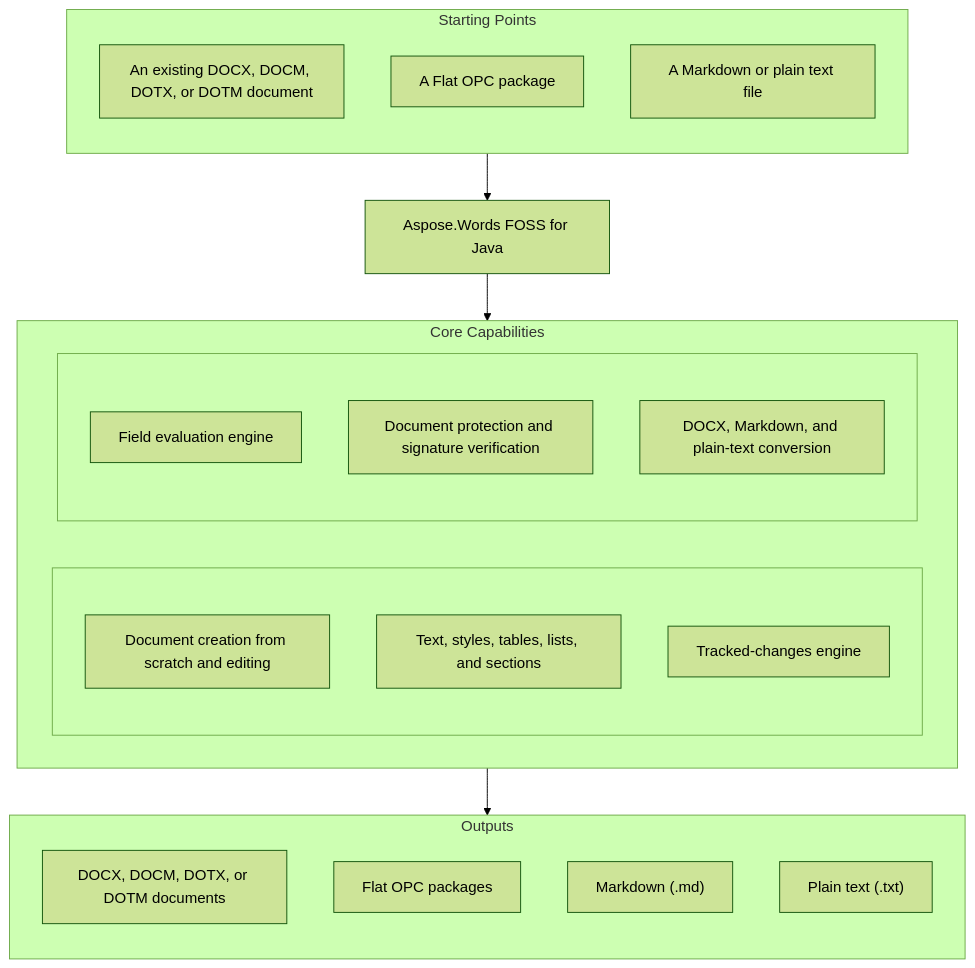
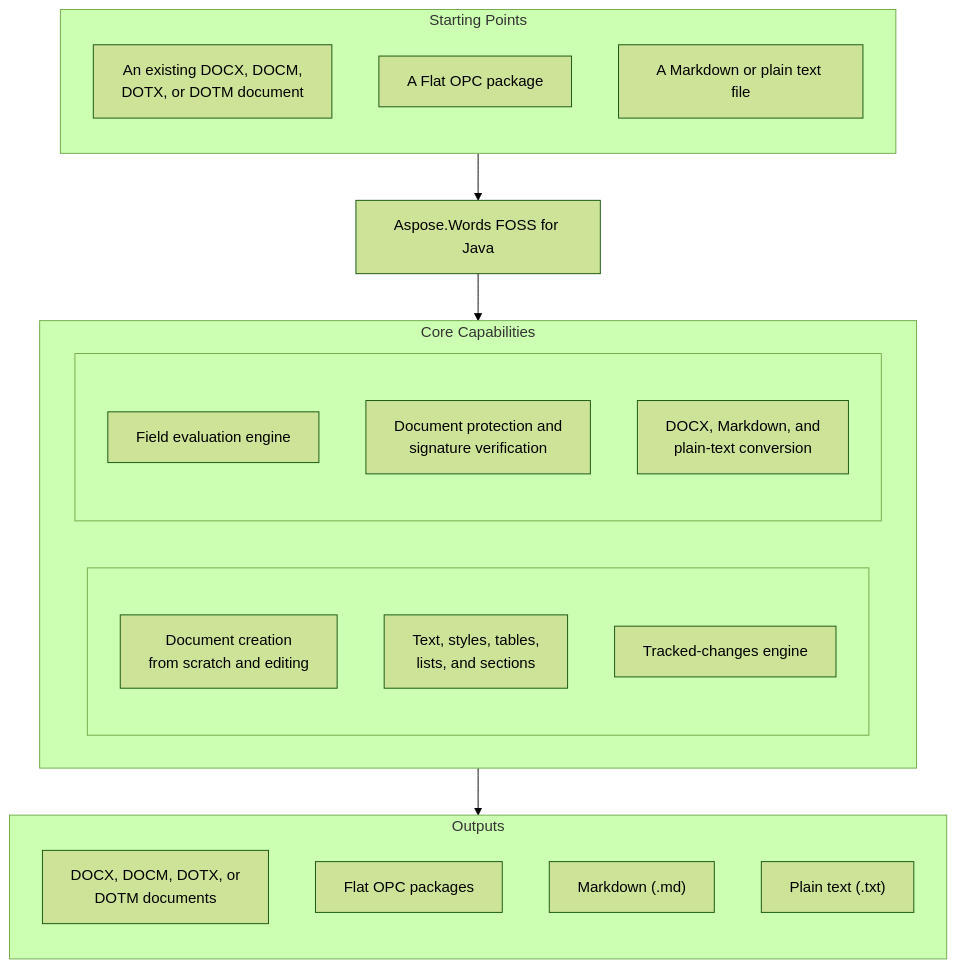
Before and after one commit to aspose-words-foss/Aspose.Words-FOSS-for-Java: the diagram in README.md, drawn with Mermaid (forest theme). The commit also changed other lines of this file, not shown here.

````diff
--- a/README.md
+++ b/README.md
@@ -9,33 +35,34 @@
 ```mermaid
+%%{init: {"flowchart": {"useMaxWidth": true}}}%%
 flowchart TD
   subgraph StartingPoints["Starting Points"]
     direction TB
-    i1["An existing DOCX, DOCM, DOTX, or DOTM document"]
+    i1["An existing DOCX, DOCM,<br/>DOTX, or DOTM document"]
     i2["A Flat OPC package"]
     i3["A Markdown or plain text file"]
   end
   PRODUCT["Aspose.Words FOSS for Java"]
   subgraph Capabilities["Core Capabilities"]
     direction LR
     subgraph capl[" "]
       direction TB
-      c1["Document creation from scratch and editing"]
-      c2["Text, styles, tables, lists, and sections"]
+      c1["Document creation<br/>from scratch and editing"]
+      c2["Text, styles, tables,<br/>lists, and sections"]
       c3["Tracked-changes engine"]
     end
     subgraph capr[" "]
       direction TB
       c4["Field evaluation engine"]
-      c5["Document protection and signature verification"]
-      c6["DOCX, Markdown, and plain-text conversion"]
+      c5["Document protection and<br/>signature verification"]
+      c6["DOCX, Markdown, and<br/>plain-text conversion"]
     end
   end
   subgraph Outputs["Outputs"]
     direction TB
-    o1["DOCX, DOCM, DOTX, or DOTM documents"]
+    o1["DOCX, DOCM, DOTX, or<br/>DOTM documents"]
     o2["Flat OPC packages"]
     o3["Markdown (.md)"]
     o4["Plain text (.txt)"]
   end
   StartingPoints --> PRODUCT --> Capabilities --> Outputs
 ```
````
